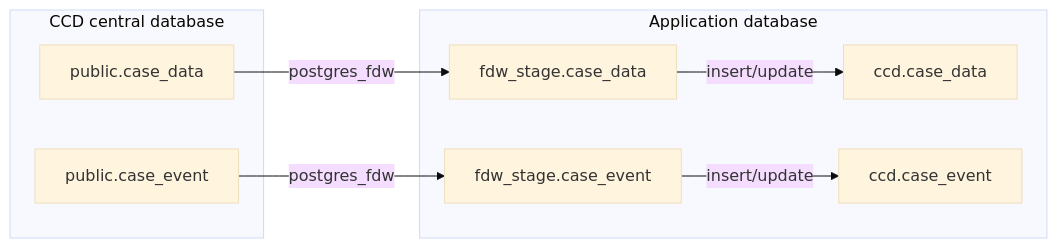
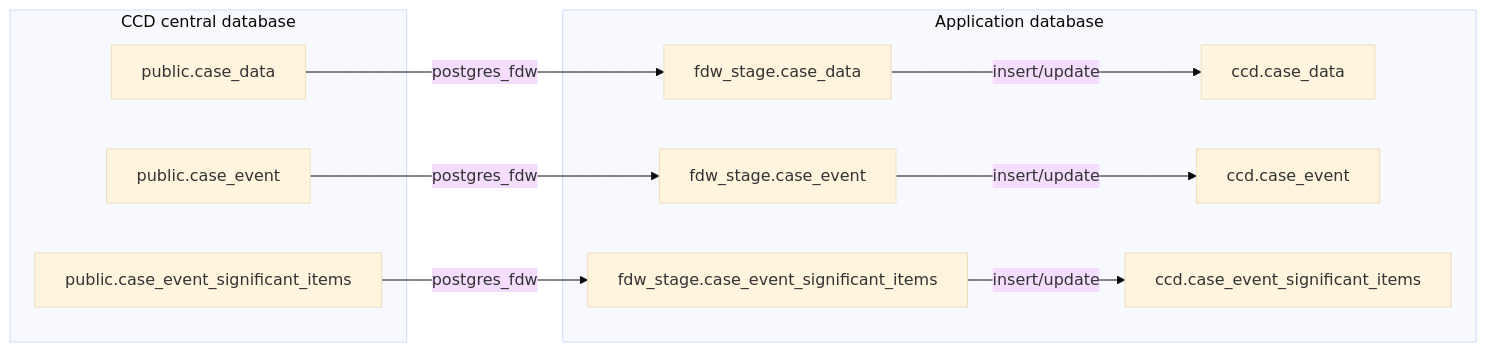
Before and after one commit to hmcts/dtsse-ccd-config-generator: the diagram in docs/fdw-data-migration.md, drawn with Mermaid (base theme). The commit also changed other lines of this file and 20 other files, not shown here.

Commit message:
Add case event significant item migration

````diff
--- a/docs/fdw-data-migration.md
+++ b/docs/fdw-data-migration.md
@@ -14,19 +14,24 @@
 ```mermaid
 flowchart LR
     subgraph CCD["CCD central database"]
       A["public.case_data"]
       B["public.case_event"]
+      G["public.case_event_significant_items"]
     end
 
     subgraph APP["Application database"]
       C["fdw_stage.case_data"]
       D["fdw_stage.case_event"]
+      H["fdw_stage.case_event_significant_items"]
       E["ccd.case_data"]
       F["ccd.case_event"]
+      I["ccd.case_event_significant_items"]
     end
 
     A -->|postgres_fdw| C
     B -->|postgres_fdw| D
+    G -->|postgres_fdw| H
     C -->|insert/update| E
     D -->|insert/update| F
+    H -->|insert/update| I
 ```
````
